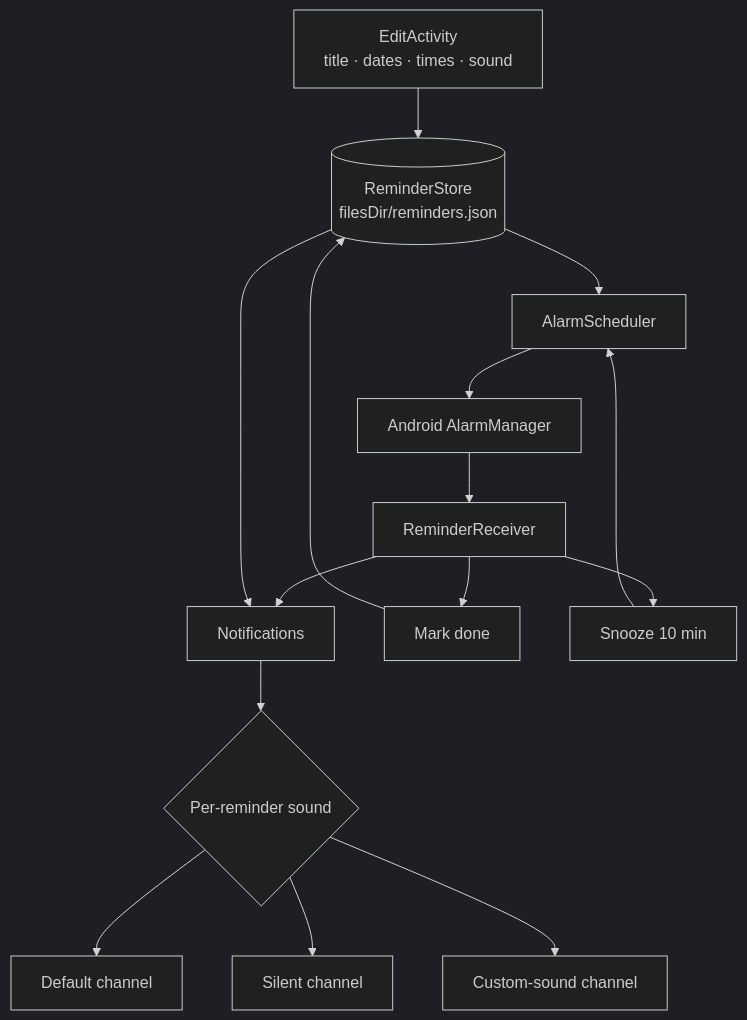
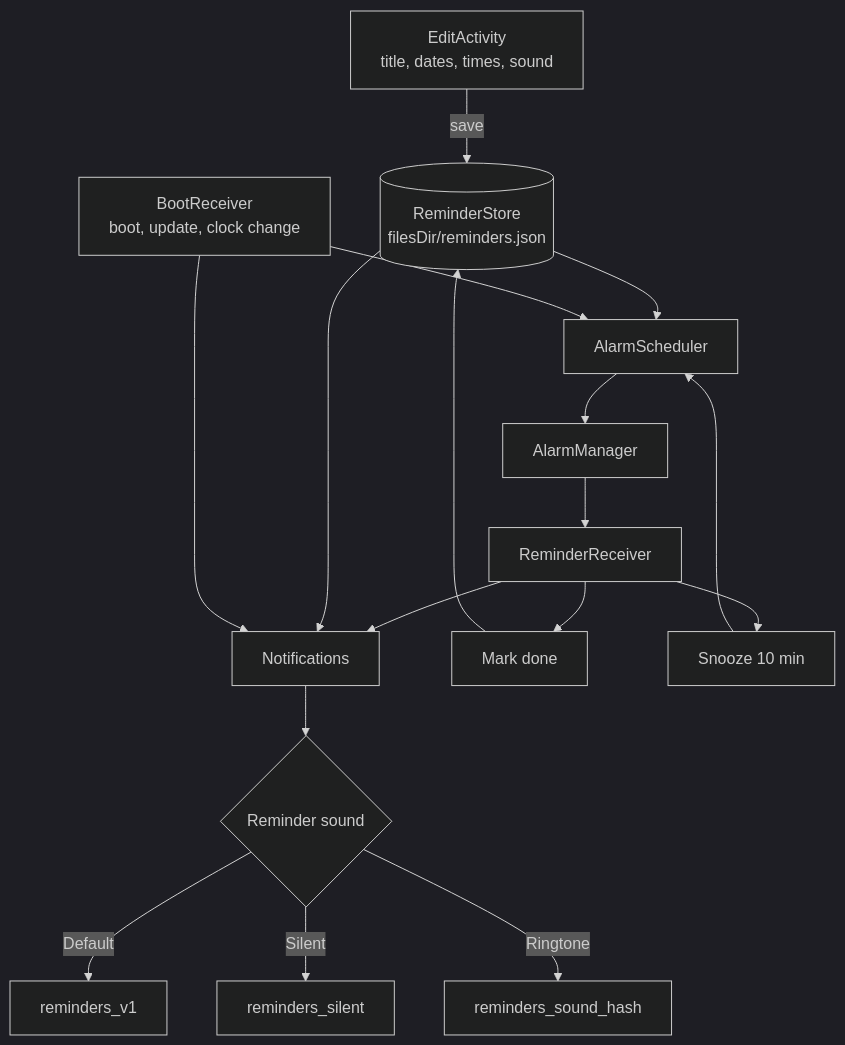
Before and after one commit to farokh-ra/ToDo: the diagram in README.md, drawn with Mermaid (dark theme). The commit also changed other lines of this file and 1 other file, not shown here.

````diff
--- a/README.md
+++ b/README.md
@@ -132,17 +119,19 @@
 ```mermaid
 flowchart TD
-    A["EditActivity<br/>title · dates · times · sound"] --> B[("ReminderStore<br/>filesDir/reminders.json")]
+    A["EditActivity<br/>title, dates, times, sound"] -->|save| B[("ReminderStore<br/>filesDir/reminders.json")]
     B --> C["AlarmScheduler"]
-    C --> D["Android AlarmManager"]
+    C --> D["AlarmManager"]
     D --> E["ReminderReceiver"]
     E --> F["Notifications"]
     B --> F
-    F --> G{"Per-reminder sound"}
-    G --> H["Default channel"]
-    G --> I["Silent channel"]
-    G --> J["Custom-sound channel"]
+    F --> G{"Reminder sound"}
+    G -->|Default| H["reminders_v1"]
+    G -->|Silent| I["reminders_silent"]
+    G -->|Ringtone| J["reminders_sound_hash"]
     E --> K["Mark done"]
     E --> L["Snooze 10 min"]
     K --> B
     L --> C
+    R["BootReceiver<br/>boot, update, clock change"] --> C
+    R --> F
 ```
````
